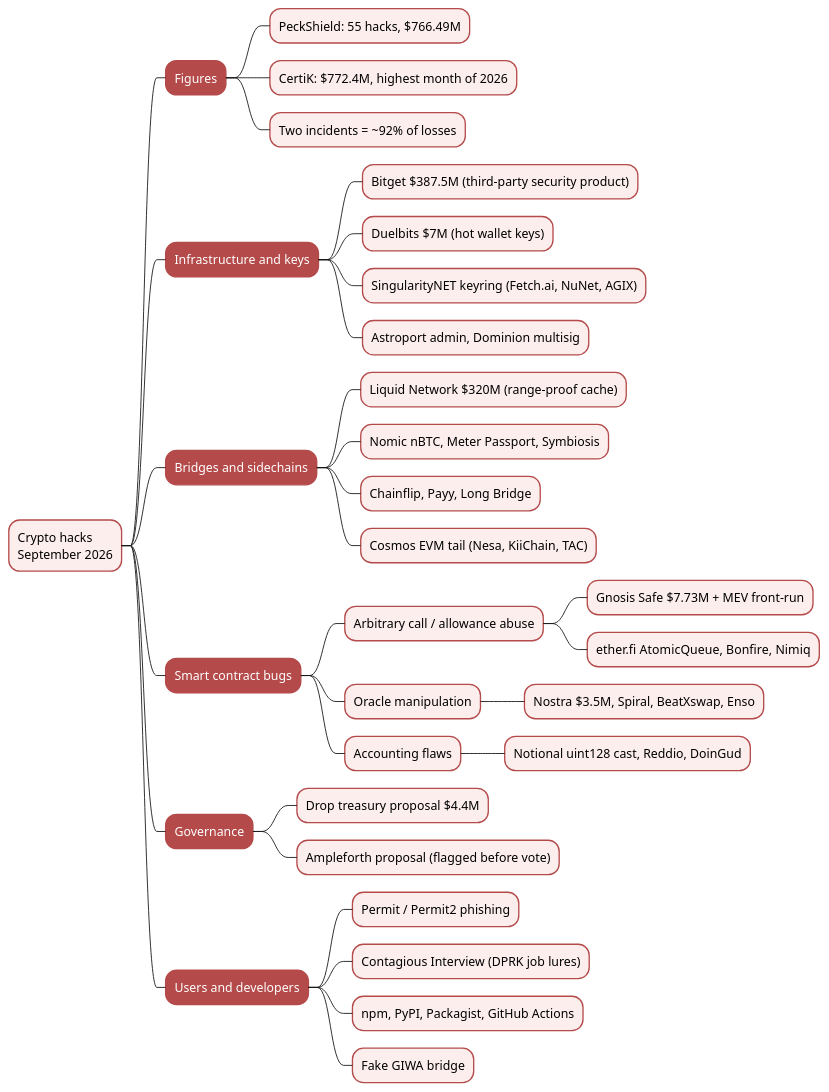
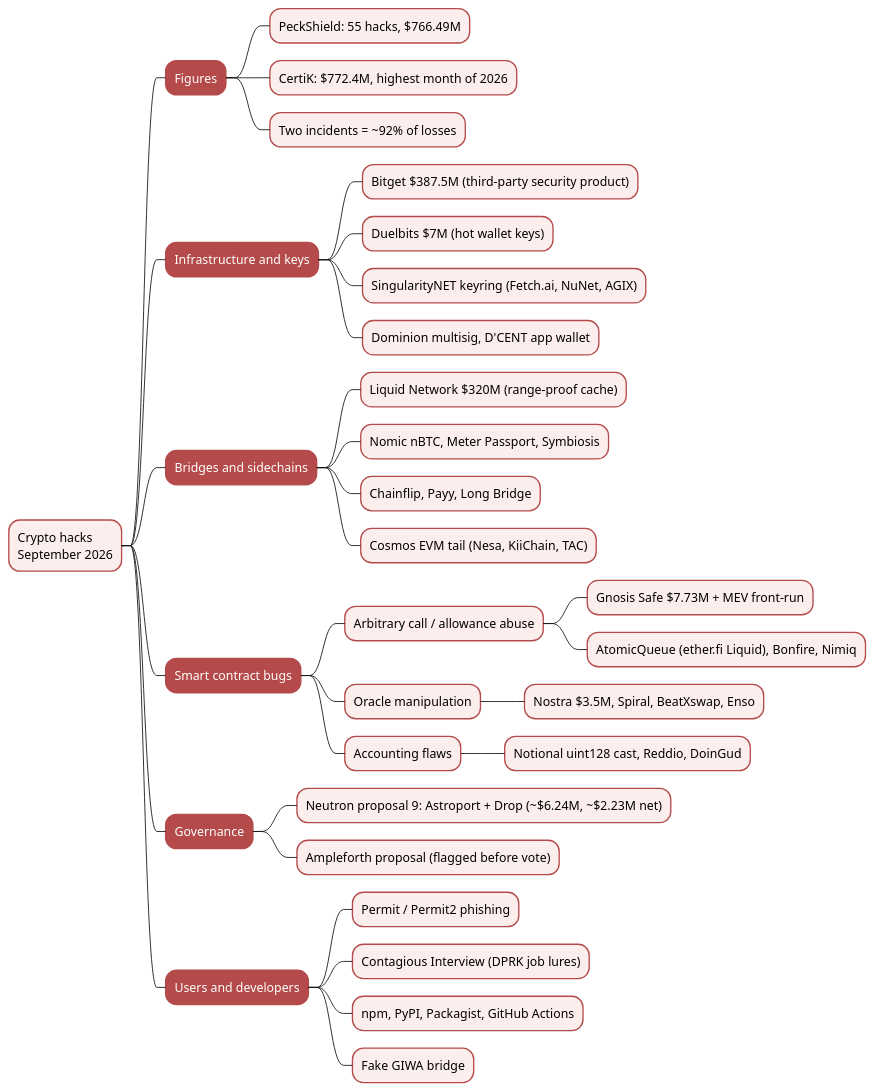
The diagram in assets/article/blockchain/hack/2026-10-06-crypto-hacks-september-2026-mindmap.puml (rya-sge/access-denied), drawn with PlantUML before and after one commit. The commit also changed 2 other files, not shown here.

```diff
--- a/assets/article/blockchain/hack/2026-10-06-crypto-hacks-september-2026-mindmap.puml
+++ b/assets/article/blockchain/hack/2026-10-06-crypto-hacks-september-2026-mindmap.puml
@@ -1,45 +1,45 @@
 @startmindmap
 <style>
 mindmapDiagram {
   node {
     BackgroundColor #FDEEEE
     LineColor #B54A4A
   }
   :depth(1) {
     BackgroundColor #B54A4A
     FontColor white
   }
 }
 </style>
 * Crypto hacks\nSeptember 2026
 ** Figures
 *** PeckShield: 55 hacks, $766.49M
 *** CertiK: $772.4M, highest month of 2026
 *** Two incidents = ~92% of losses
 ** Infrastructure and keys
 *** Bitget $387.5M (third-party security product)
 *** Duelbits $7M (hot wallet keys)
 *** SingularityNET keyring (Fetch.ai, NuNet, AGIX)
-*** Astroport admin, Dominion multisig
+*** Dominion multisig, D'CENT app wallet
 ** Bridges and sidechains
 *** Liquid Network $320M (range-proof cache)
 *** Nomic nBTC, Meter Passport, Symbiosis
 *** Chainflip, Payy, Long Bridge
 *** Cosmos EVM tail (Nesa, KiiChain, TAC)
 ** Smart contract bugs
 *** Arbitrary call / allowance abuse
 **** Gnosis Safe $7.73M + MEV front-run
-**** ether.fi AtomicQueue, Bonfire, Nimiq
+**** AtomicQueue (ether.fi Liquid), Bonfire, Nimiq
 *** Oracle manipulation
 **** Nostra $3.5M, Spiral, BeatXswap, Enso
 *** Accounting flaws
 **** Notional uint128 cast, Reddio, DoinGud
 ** Governance
-*** Drop treasury proposal $4.4M
+*** Neutron proposal 9: Astroport + Drop (~$6.24M, ~$2.23M net)
 *** Ampleforth proposal (flagged before vote)
 ** Users and developers
 *** Permit / Permit2 phishing
 *** Contagious Interview (DPRK job lures)
 *** npm, PyPI, Packagist, GitHub Actions
 *** Fake GIWA bridge
 @endmindmap
```
